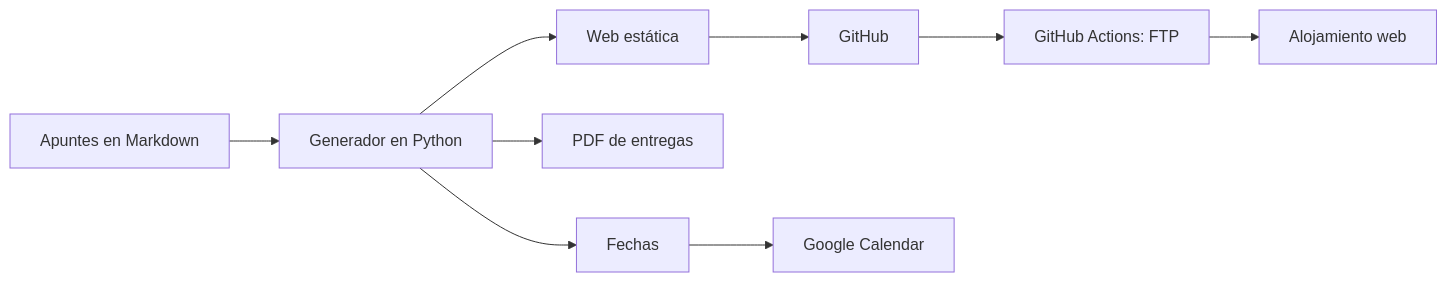
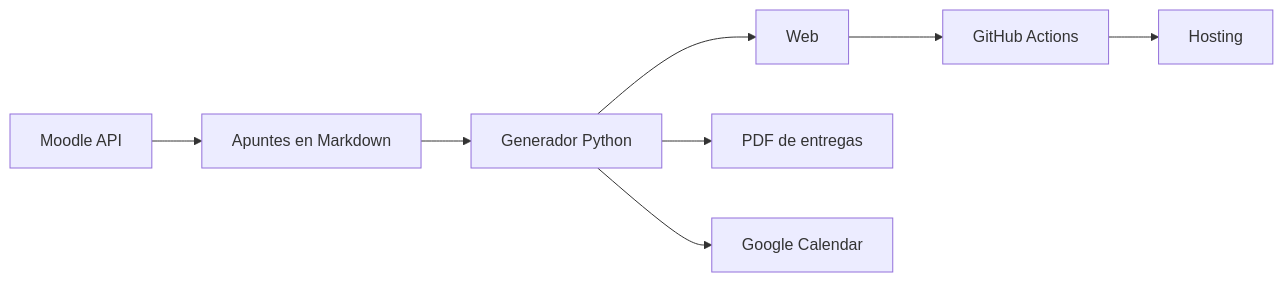
The diagram in README.md (daniroca5/proyectos-con-ia), drawn with Mermaid before and after one commit. The commit also changed other lines of this file, not shown here.

````diff
--- a/README.md
+++ b/README.md
@@ -18,8 +42,8 @@
 ```mermaid
 flowchart LR
-    A[Apuntes en Markdown] --> B[Generador en Python]
-    B --> C[Web estática]
-    B --> D[PDF de entregas]
-    C --> E[GitHub] --> F[GitHub Actions: FTP] --> G[Alojamiento web]
-    B --> H[Fechas] --> I[Google Calendar]
+    M[Moodle API] --> A[Apuntes en Markdown]
+    A --> G[Generador Python]
+    G --> W[Web] --> GH[GitHub Actions] --> H[Hosting]
+    G --> P[PDF de entregas]
+    G --> C[Google Calendar]
 ```
````
